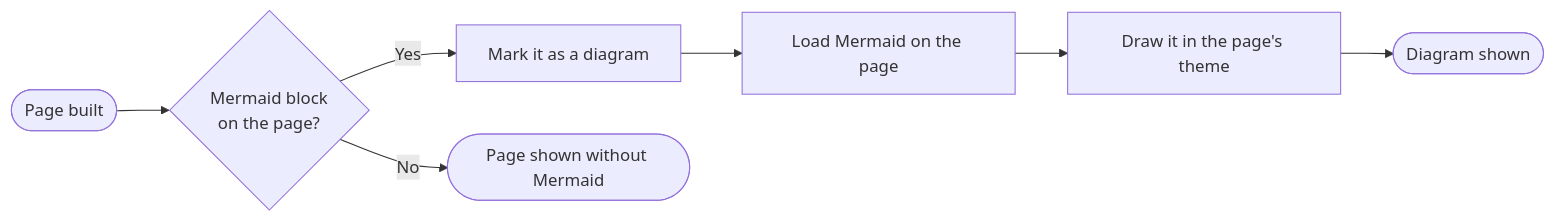
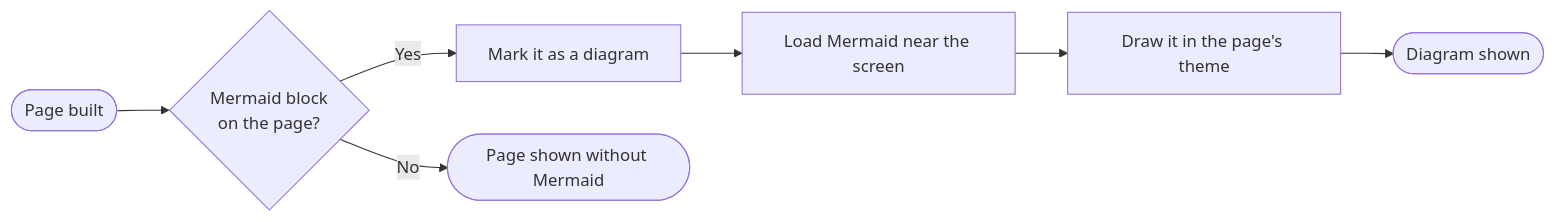
Before and after one commit to timothymarois/wiki-builder: the diagram in docs/wiki/pages/pages/diagrams.md, drawn with Mermaid. The commit also changed other lines of this file and 6 other files, not shown here.

First line of the commit message:
perf(diagrams): load Mermaid only as a diagram nears the screen

````diff
--- a/docs/wiki/pages/pages/diagrams.md
+++ b/docs/wiki/pages/pages/diagrams.md
@@ -53,9 +54,9 @@
 ```mermaid
 flowchart LR
   accTitle: Diagram drawing
-  accDescr: When a page is built, a page without a mermaid block is shown without Mermaid. A page with one has the block marked as a diagram, loads Mermaid, and has the diagram drawn in its theme.
+  accDescr: When a page is built, a page without a mermaid block is shown without Mermaid. A page with one has the block marked as a diagram, loads Mermaid once the diagram nears the screen, and has the diagram drawn in its theme.
   built(["Page built"]) --> has{"Mermaid block<br/>on the page?"}
-  has -- "Yes" --> mark["Mark it as a diagram"] --> load["Load Mermaid on the page"]
+  has -- "Yes" --> mark["Mark it as a diagram"] --> load["Load Mermaid near the screen"]
   load --> draw["Draw it in the page's theme"] --> shown(["Diagram shown"])
   has -- "No" --> plain(["Page shown without Mermaid"])
 ```
````
